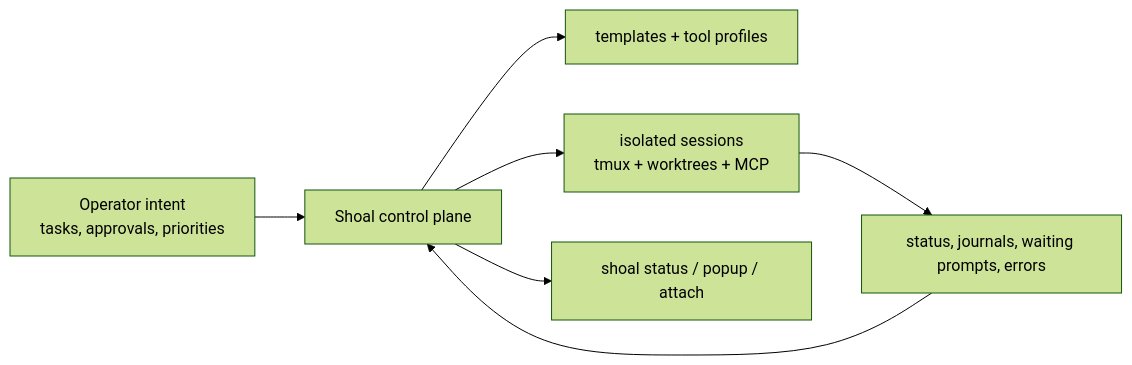
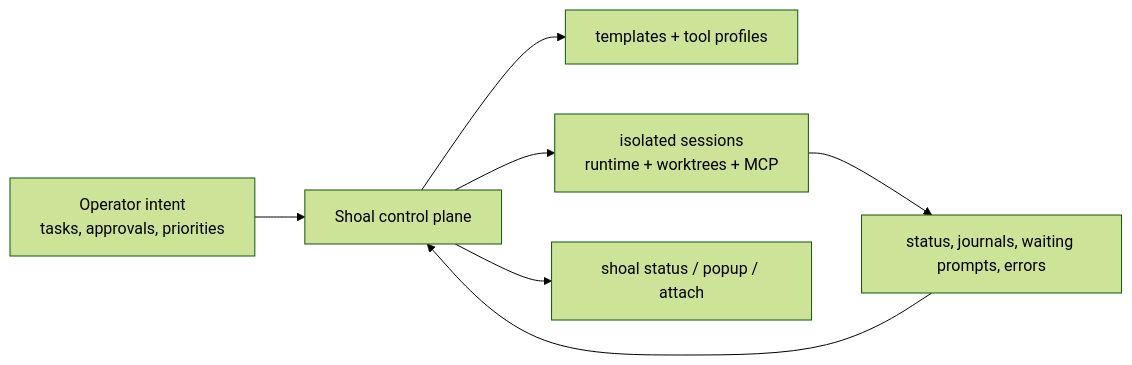
One commit to TheShoal/shoal-cli changed the diagram in docs/index.md. Above: the diagram before and after it, drawn with Mermaid (forest theme). The commit also changed other lines of this file and 4 other files, not shown here.

````diff
--- a/docs/index.md
+++ b/docs/index.md
@@ -35,9 +36,9 @@
 ```mermaid
 flowchart LR
     Intent["Operator intent<br/>tasks, approvals, priorities"] --> Shoal["Shoal control plane"]
     Shoal --> Templates["templates + tool profiles"]
-    Shoal --> Sessions["isolated sessions<br/>tmux + worktrees + MCP"]
+    Shoal --> Sessions["isolated sessions<br/>runtime + worktrees + MCP"]
     Sessions --> State["status, journals, waiting prompts, errors"]
     State --> Shoal
     Shoal --> Surface["shoal status / popup / attach"]
 ```
````
